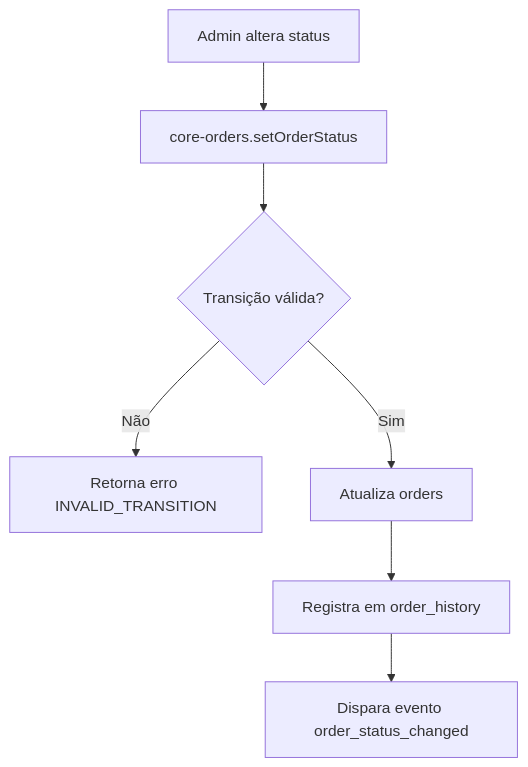
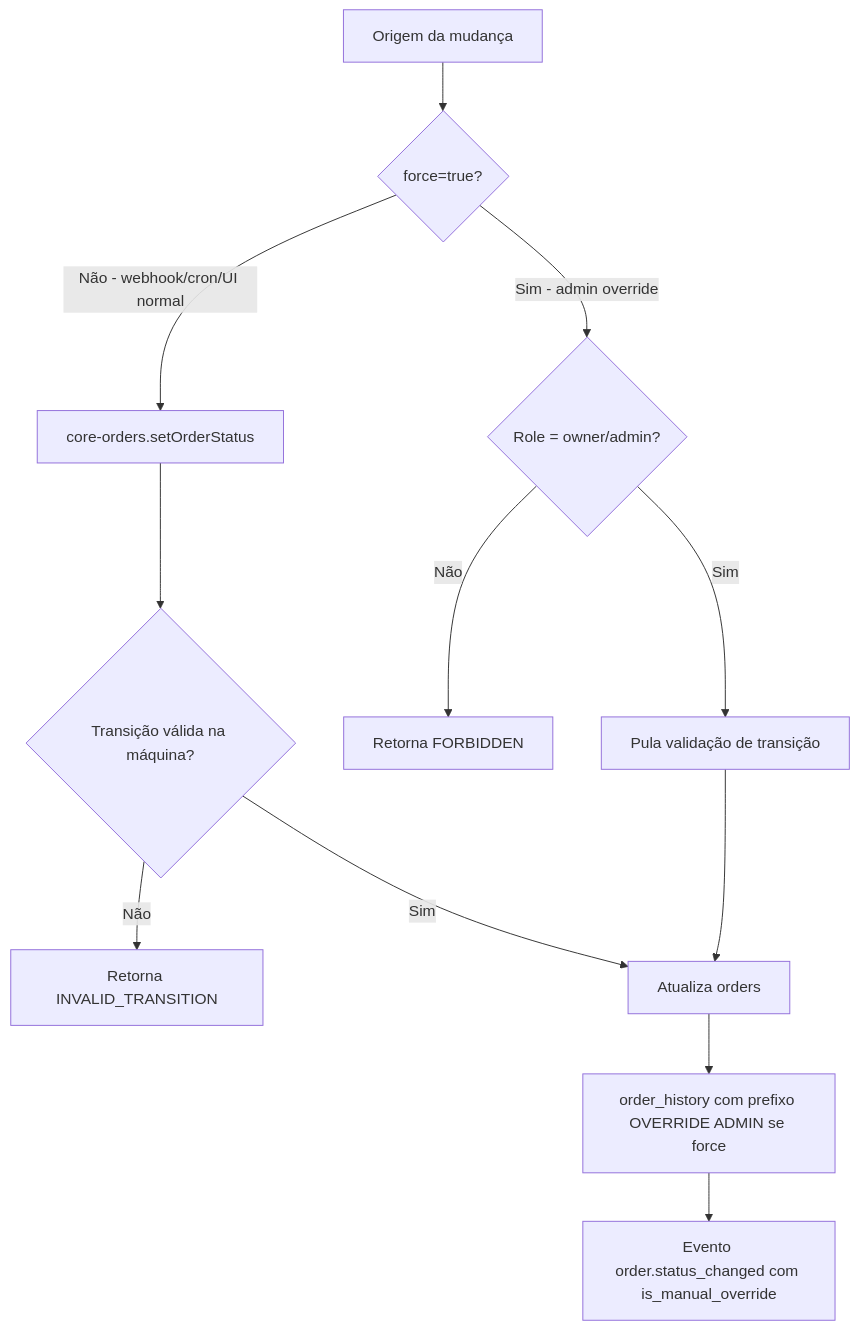
The third of 3 diagrams in docs/especificacoes/ecommerce/pedidos.md (toniravaziojr-sudo/orbit-commerce-os), drawn with Mermaid before and after one commit. The commit also changed other lines of this file and 2 other files, not shown here.

````diff
--- a/docs/especificacoes/ecommerce/pedidos.md
+++ b/docs/especificacoes/ecommerce/pedidos.md
@@ -399,9 +401,14 @@
 ```mermaid
 graph TD
-    A[Admin altera status] --> B[core-orders.setOrderStatus]
-    B --> C{Transição válida?}
-    C -->|Não| D[Retorna erro INVALID_TRANSITION]
-    C -->|Sim| E[Atualiza orders]
-    E --> F[Registra em order_history]
-    F --> G[Dispara evento order_status_changed]
+    A[Origem da mudança] --> B{force=true?}
+    B -->|Não - webhook/cron/UI normal| C[core-orders.setOrderStatus]
+    C --> D{Transição válida na máquina?}
+    D -->|Não| E[Retorna INVALID_TRANSITION]
+    D -->|Sim| F[Atualiza orders]
+    B -->|Sim - admin override| G{Role = owner/admin?}
+    G -->|Não| H[Retorna FORBIDDEN]
+    G -->|Sim| I[Pula validação de transição]
+    I --> F
+    F --> J[order_history com prefixo OVERRIDE ADMIN se force]
+    J --> K[Evento order.status_changed com is_manual_override]
 ```
````
